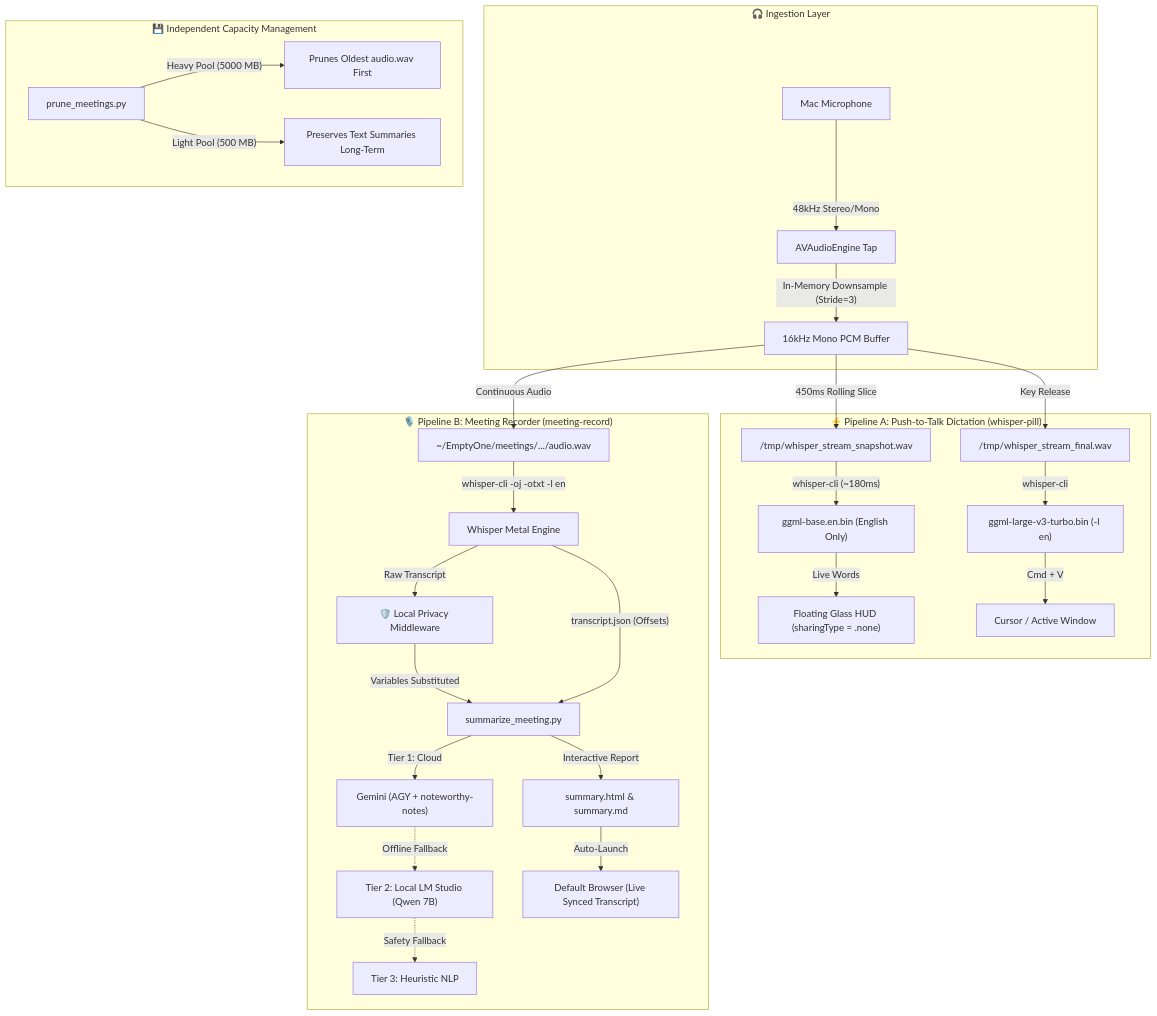
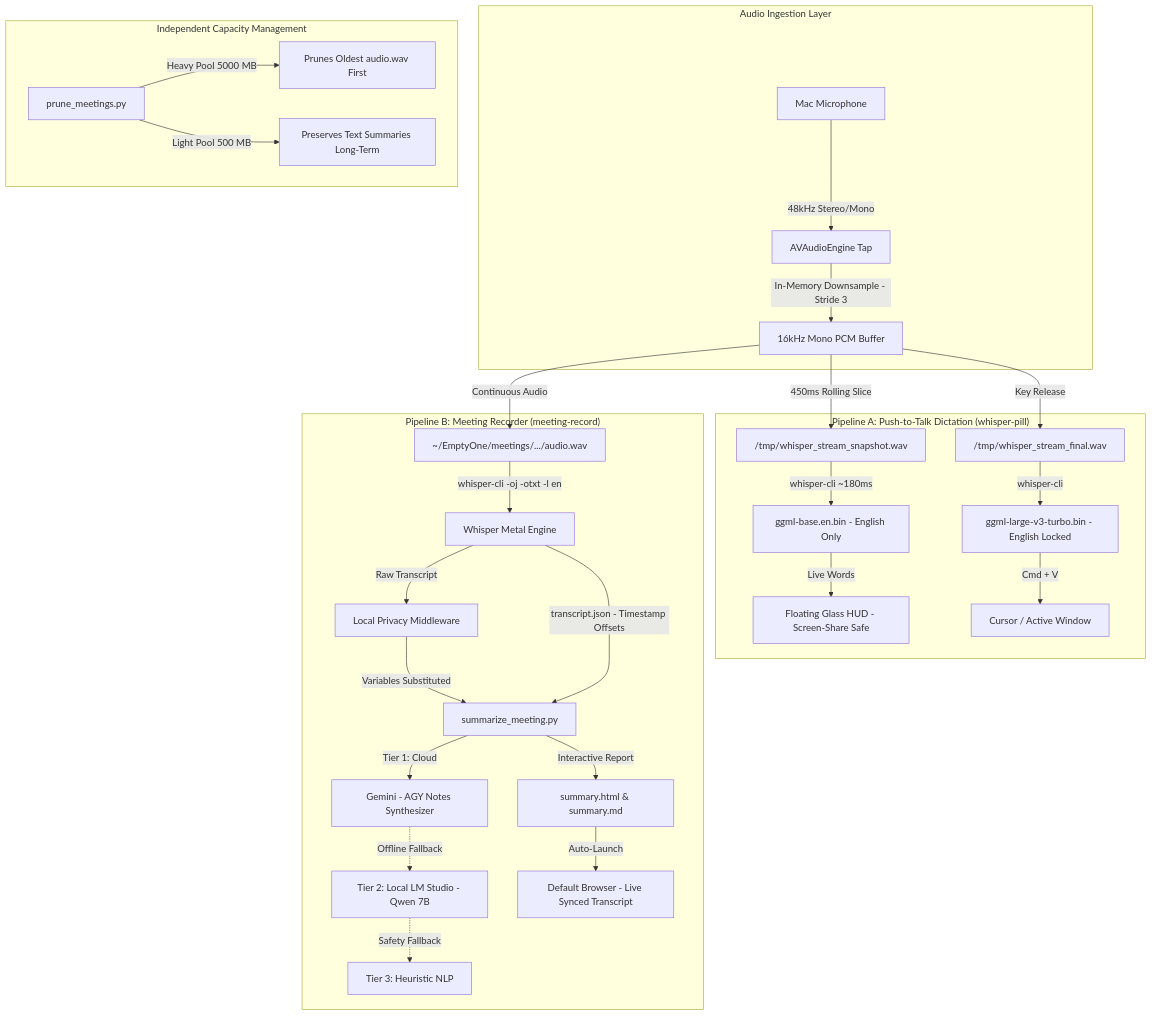
Before and after one commit to NinzaRJ01/whisper-metal-suite: the diagram in README.md, drawn with Mermaid. The commit also changed 2 other files, not shown here.

Commit message:
fix(readme): fix mermaid syntax errors for GitHub rich display

````diff
--- a/README.md
+++ b/README.md
@@ -37,37 +37,37 @@
 ```mermaid
-graph TD
-    subgraph Audio["🎧 Ingestion Layer"]
+flowchart TD
+    subgraph Audio ["Audio Ingestion Layer"]
         MIC["Mac Microphone"] -->|"48kHz Stereo/Mono"| ENG["AVAudioEngine Tap"]
-        ENG -->|"In-Memory Downsample (Stride=3)"| BUF["16kHz Mono PCM Buffer"]
+        ENG -->|"In-Memory Downsample - Stride 3"| BUF["16kHz Mono PCM Buffer"]
     end
 
-    subgraph Dictation["⚡ Pipeline A: Push-to-Talk Dictation (whisper-pill)"]
+    subgraph Dictation ["Pipeline A: Push-to-Talk Dictation (whisper-pill)"]
         BUF -->|"450ms Rolling Slice"| SNAP["/tmp/whisper_stream_snapshot.wav"]
-        SNAP -->|"whisper-cli (~180ms)"| BASE["ggml-base.en.bin (English Only)"]
-        BASE -->|"Live Words"| HUD["Floating Glass HUD (sharingType = .none)"]
+        SNAP -->|"whisper-cli ~180ms"| BASE["ggml-base.en.bin - English Only"]
+        BASE -->|"Live Words"| HUD["Floating Glass HUD - Screen-Share Safe"]
         BUF -->|"Key Release"| FINAL["/tmp/whisper_stream_final.wav"]
-        FINAL -->|"whisper-cli"| TURBO["ggml-large-v3-turbo.bin (-l en)"]
+        FINAL -->|"whisper-cli"| TURBO["ggml-large-v3-turbo.bin - English Locked"]
         TURBO -->|"Cmd + V"| CURSOR["Cursor / Active Window"]
     end
 
-    subgraph Meeting["🎙️ Pipeline B: Meeting Recorder (meeting-record)"]
+    subgraph Meeting ["Pipeline B: Meeting Recorder (meeting-record)"]
         BUF -->|"Continuous Audio"| WAV["~/EmptyOne/meetings/.../audio.wav"]
         WAV -->|"whisper-cli -oj -otxt -l en"| W_ENGINE["Whisper Metal Engine"]
-        W_ENGINE -->|"Raw Transcript"| DLP["🛡️ Local Privacy Middleware"]
+        W_ENGINE -->|"Raw Transcript"| DLP["Local Privacy Middleware"]
         DLP -->|"Variables Substituted"| SUM["summarize_meeting.py"]
-        W_ENGINE -->|"transcript.json (Offsets)"| SUM
+        W_ENGINE -->|"transcript.json - Timestamp Offsets"| SUM
         
-        SUM -->|"Tier 1: Cloud"| GEMINI["Gemini (AGY + noteworthy-notes)"]
-        GEMINI -.->|"Offline Fallback"| LM["Tier 2: Local LM Studio (Qwen 7B)"]
-        LM -.->|"Safety Fallback"| NLP["Tier 3: Heuristic NLP"]
+        SUM -->|"Tier 1: Cloud"| GEMINI["Gemini - AGY Notes Synthesizer"]
+        GEMINI -. "Offline Fallback" .-> LM["Tier 2: Local LM Studio - Qwen 7B"]
+        LM -. "Safety Fallback" .-> NLP["Tier 3: Heuristic NLP"]
         
         SUM -->|"Interactive Report"| HTML["summary.html & summary.md"]
-        HTML -->|"Auto-Launch"| BROWSER["Default Browser (Live Synced Transcript)"]
+        HTML -->|"Auto-Launch"| BROWSER["Default Browser - Live Synced Transcript"]
     end
 
-    subgraph Retention["💾 Independent Capacity Management"]
+    subgraph Retention ["Independent Capacity Management"]
         PRUNE["prune_meetings.py"]
-        PRUNE -->|"Heavy Pool (5000 MB)"| P1["Prunes Oldest audio.wav First"]
-        PRUNE -->|"Light Pool (500 MB)"| P2["Preserves Text Summaries Long-Term"]
+        PRUNE -->|"Heavy Pool 5000 MB"| P1["Prunes Oldest audio.wav First"]
+        PRUNE -->|"Light Pool 500 MB"| P2["Preserves Text Summaries Long-Term"]
     end
 ```
````
